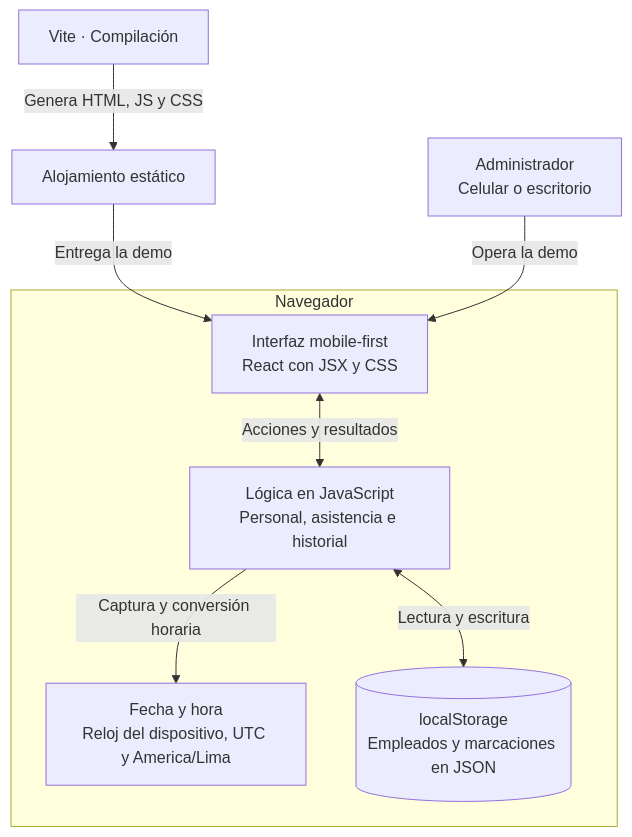
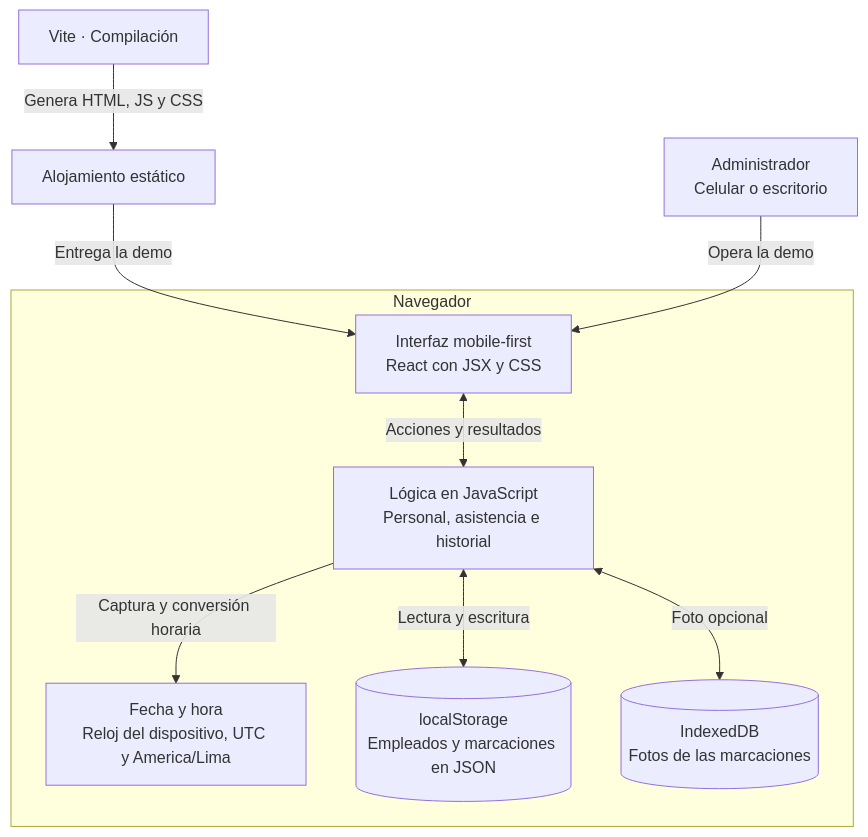
The diagram in docs/06-Arquitectura/diagrama/Arquitectura General.md (steveespinoza/Registro-de-Asistencia), drawn with Mermaid before and after one commit. The commit also changed other lines of this file and 37 other files, not shown here.

Commit message:
Integra búsqueda y foto opcional en las marcaciones

````diff
--- a/docs/06-Arquitectura/diagrama/Arquitectura General.md
+++ b/docs/06-Arquitectura/diagrama/Arquitectura General.md
@@ -5,21 +5,23 @@
 ```mermaid
 flowchart TB
     vite["Vite · Compilación"]
     sitio["Alojamiento estático"]
     admin["Administrador<br/>Celular o escritorio"]
 
     subgraph navegador["Navegador"]
         interfaz["Interfaz mobile-first<br/>React con JSX y CSS"]
         logica["Lógica en JavaScript<br/>Personal, asistencia e historial"]
         tiempo["Fecha y hora<br/>Reloj del dispositivo, UTC y America/Lima"]
         datos[("localStorage<br/>Empleados y marcaciones en JSON")]
+        fotos[("IndexedDB<br/>Fotos de las marcaciones")]
 
         interfaz <-->|Acciones y resultados| logica
         logica -->|Captura y conversión horaria| tiempo
         logica <-->|Lectura y escritura| datos
+        logica <-->|Foto opcional| fotos
     end
 
     vite -->|Genera HTML, JS y CSS| sitio
     sitio -->|Entrega la demo| interfaz
     admin -->|Opera la demo| interfaz
 ```
````
